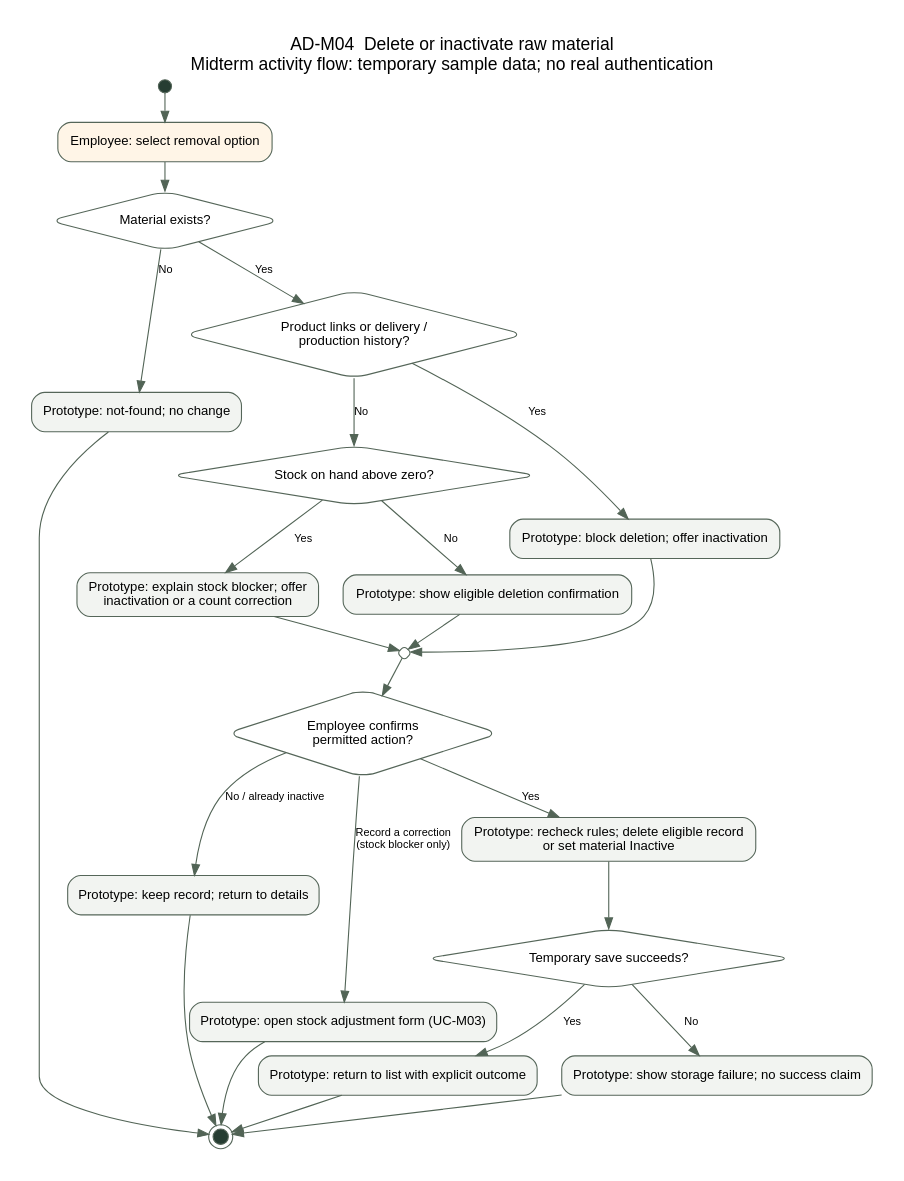
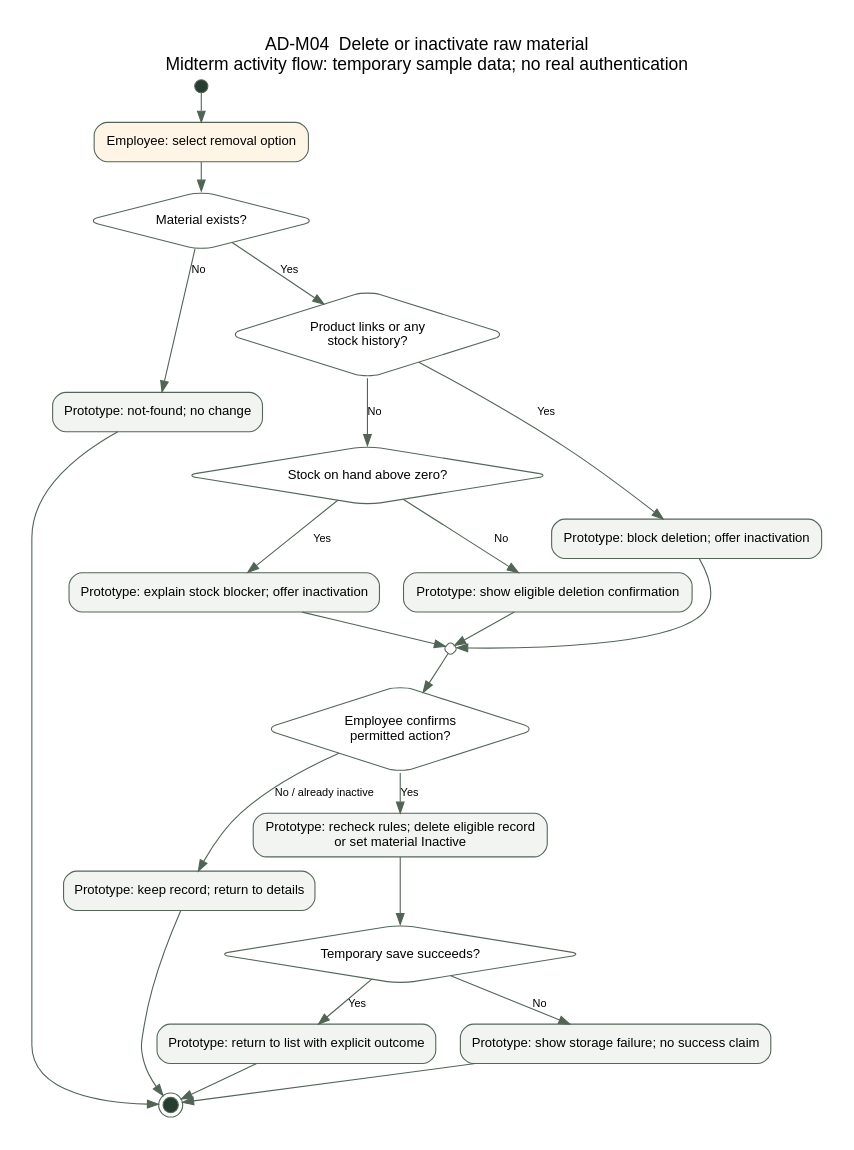
One commit to glick969/IS6465-Group-Project changed the diagram in docs/activity-diagrams/AD-M04.dot. Above: the diagram before and after it, drawn with Graphviz. The commit also changed 24 other files, not shown here.

```diff
--- a/docs/activity-diagrams/AD-M04.dot
+++ b/docs/activity-diagrams/AD-M04.dot
@@ -1,31 +1,28 @@
 digraph G { graph [rankdir=TB, bgcolor="white", pad="0.3", nodesep="0.3", ranksep="0.35", fontname="Arial", fontsize=16, labelloc=t]; node [shape=box,style="rounded,filled",fillcolor="#f2f4f1",color="#556659",fontname="Arial",fontsize=12,margin="0.15,0.10"]; edge [fontname="Arial",fontsize=10,color="#526456"]; start [shape=circle,label="",width=.16,style=filled,fillcolor="#263d32"]; end [shape=doublecircle,label="",width=.2,style=filled,fillcolor="#263d32"]; label="AD-M04  Delete or inactivate raw material\nMidterm activity flow: temporary sample data; no real authentication";
 
 open [label="Employee: select removal option",fillcolor="#fff5e7"];
 exists [shape=diamond,label="Material exists?",fillcolor="#ffffff"];
 missing [label="Prototype: not-found; no change"];
-links [shape=diamond,label="Product links or delivery /
-production history?",fillcolor="#ffffff"];
+links [shape=diamond,label="Product links or any
+stock history?",fillcolor="#ffffff"];
 stock [shape=diamond,label="Stock on hand above zero?",fillcolor="#ffffff"];
 historyUI [label="Prototype: block deletion; offer inactivation"];
-stockUI [label="Prototype: explain stock blocker; offer
-inactivation or a count correction"];
+stockUI [label="Prototype: explain stock blocker; offer inactivation"];
 eligibleUI [label="Prototype: show eligible deletion confirmation"];
 mergeOptions [shape=diamond,label="",width=.18,height=.18,fixedsize=true,fillcolor="white"];
 action [shape=diamond,label="Employee confirms
 permitted action?",fillcolor="#ffffff"];
 cancel [label="Prototype: keep record; return to details"];
-correct [label="Prototype: open stock adjustment form (UC-M03)"];
 mutate [label="Prototype: recheck rules; delete eligible record
 or set material Inactive"];
 storage [shape=diamond,label="Temporary save succeeds?",fillcolor="#ffffff"];
 success [label="Prototype: return to list with explicit outcome"];
 failure [label="Prototype: show storage failure; no success claim"];
 start -> open -> exists; exists -> missing [label="No"]; missing -> end;
 exists -> links [label="Yes"]; links -> historyUI [label="Yes"]; links -> stock [label="No"];
 stock -> stockUI [label="Yes"]; stock -> eligibleUI [label="No"];
 historyUI -> mergeOptions; stockUI -> mergeOptions; eligibleUI -> mergeOptions; mergeOptions -> action;
 action -> cancel [label="No / already inactive"]; cancel -> end;
-action -> correct [label="Record a correction\n(stock blocker only)"]; correct -> end;
 action -> mutate [label="Yes"]; mutate -> storage;
 storage -> success [label="Yes"]; success -> end; storage -> failure [label="No"]; failure -> end;
 }
```
